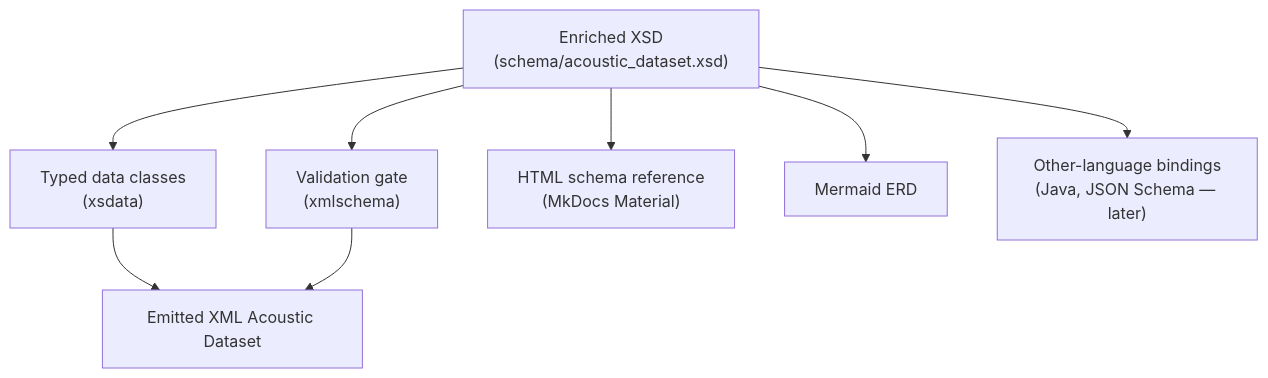
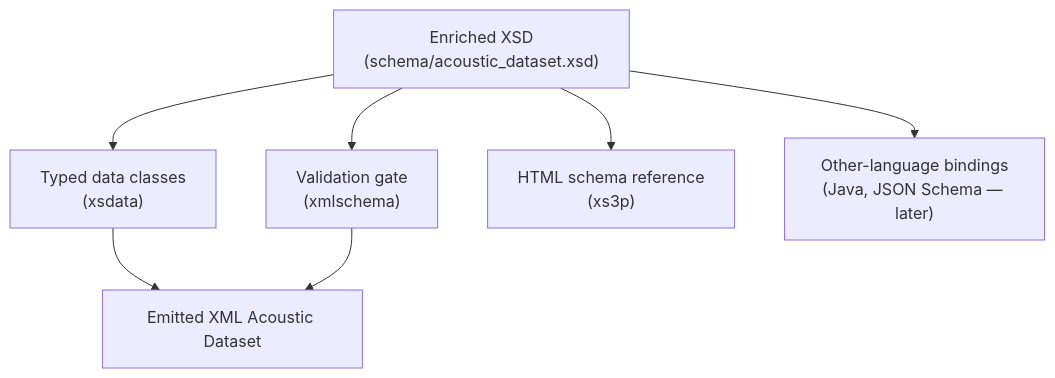
Before and after one commit to DeepBlueCLtd/python-party: the diagram in docs/concepts/schema-as-contract.md, drawn with Mermaid. The commit also changed 37 other files, not shown here.

First line of the commit message:
feat(schema): adopt real-schema idiom + generate HTML reference with xs3p

````diff
--- a/docs/concepts/schema-as-contract.md
+++ b/docs/concepts/schema-as-contract.md
@@ -32,11 +32,10 @@
 ```mermaid
 flowchart TD
     XSD["Enriched XSD<br/>(schema/acoustic_dataset.xsd)"]
     XSD --> Models["Typed data classes<br/>(xsdata)"]
     XSD --> Validate["Validation gate<br/>(xmlschema)"]
-    XSD --> Docs["HTML schema reference<br/>(MkDocs Material)"]
-    XSD --> ERD["Mermaid ERD"]
+    XSD --> Docs["HTML schema reference<br/>(xs3p)"]
     XSD --> Bindings["Other-language bindings<br/>(Java, JSON Schema — later)"]
     Models --> XML["Emitted XML Acoustic Dataset"]
     Validate --> XML
 ```
````
